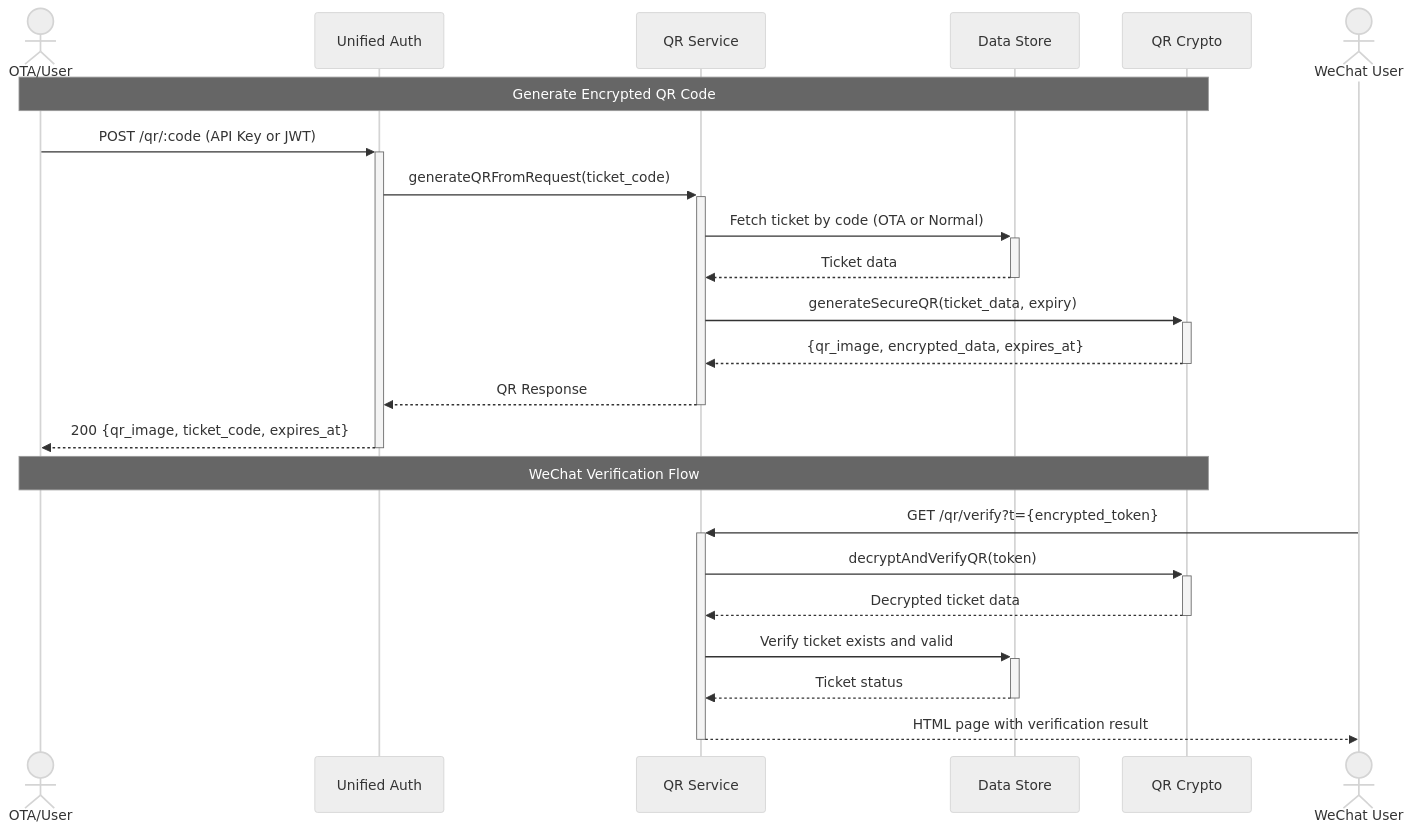
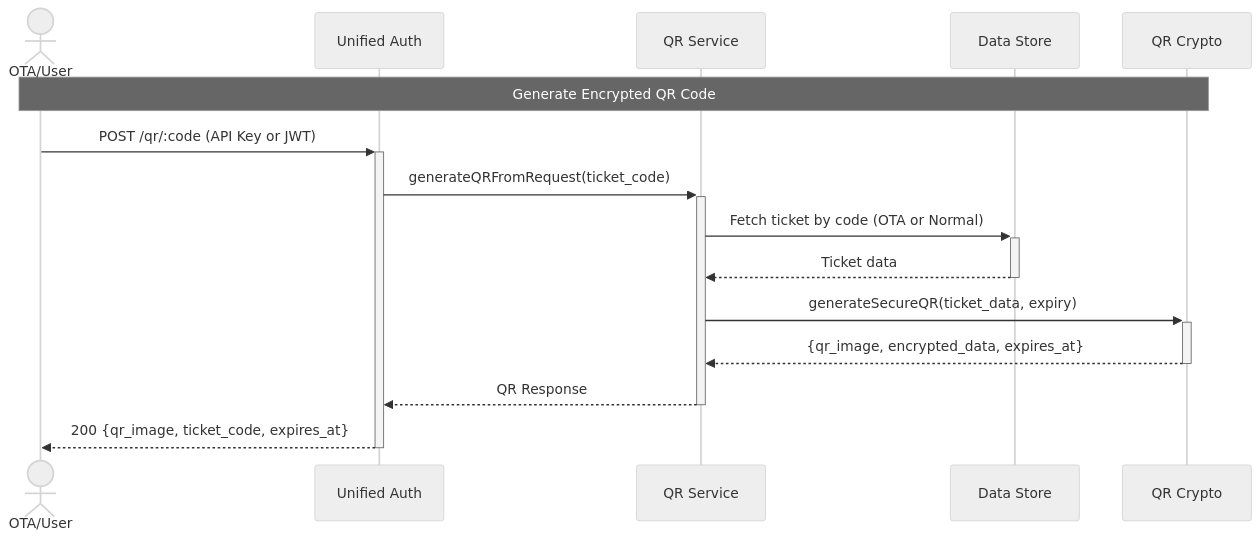
Before and after one commit to ahadu777/dudu-backend: the diagram in docs/cards/qr-generation-api.md, drawn with Mermaid (neutral theme). The commit also changed other lines of this file and 14 other files, not shown here.

````diff
--- a/docs/cards/qr-generation-api.md
+++ b/docs/cards/qr-generation-api.md
@@ -42,27 +41,18 @@
 ```mermaid
 sequenceDiagram
   actor Client as OTA/User
   participant AUTH as Unified Auth
   participant QR as QR Service
   participant STORE as Data Store
   participant CRYPTO as QR Crypto
 
   Note over Client,CRYPTO: Generate Encrypted QR Code
   Client->>+AUTH: POST /qr/:code (API Key or JWT)
   AUTH->>+QR: generateQRFromRequest(ticket_code)
   QR->>+STORE: Fetch ticket by code (OTA or Normal)
   STORE-->>-QR: Ticket data
   QR->>+CRYPTO: generateSecureQR(ticket_data, expiry)
   CRYPTO-->>-QR: {qr_image, encrypted_data, expires_at}
   QR-->>-AUTH: QR Response
   AUTH-->>-Client: 200 {qr_image, ticket_code, expires_at}
-
-  Note over Client,CRYPTO: WeChat Verification Flow
-  actor WeChatUser as WeChat User
-  WeChatUser->>+QR: GET /qr/verify?t={encrypted_token}
-  QR->>+CRYPTO: decryptAndVerifyQR(token)
-  CRYPTO-->>-QR: Decrypted ticket data
-  QR->>+STORE: Verify ticket exists and valid
-  STORE-->>-QR: Ticket status
-  QR-->>-WeChatUser: HTML page with verification result
 ```
````
